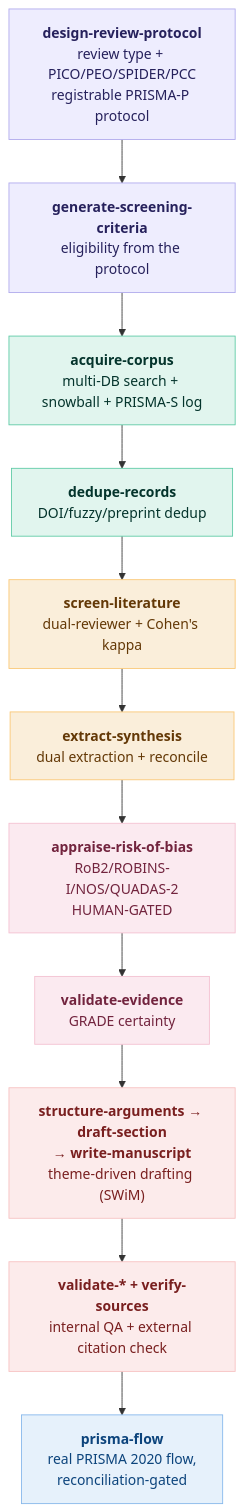
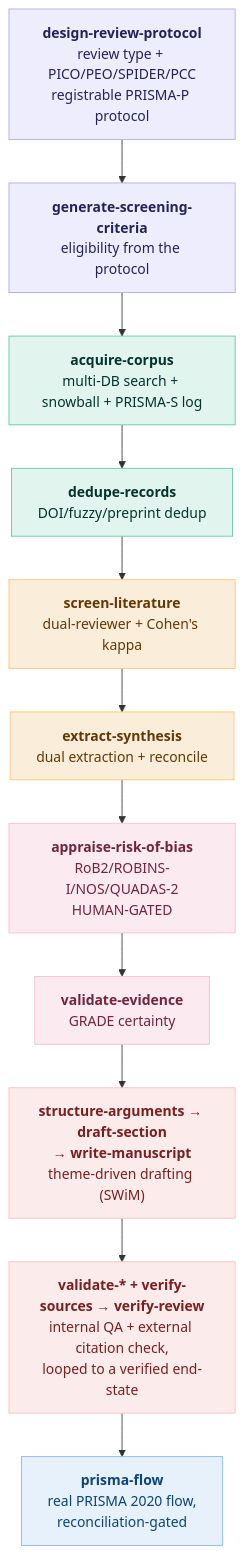
Before and after one commit to kurtvalcorza/agentic-research: the diagram in README.md, drawn with Mermaid. The commit also changed 6 other files, not shown here.

First line of the commit message:
Fix verify-review review findings: fail-closed gate, wired loop, honest CLI

````diff
--- a/README.md
+++ b/README.md
@@ -25,23 +25,23 @@
 ```mermaid
 flowchart TB
     classDef plan fill:#EEEDFE,stroke:#AFA9EC,color:#26215C
     classDef acq fill:#E1F5EE,stroke:#5DCAA5,color:#04342C
     classDef screen fill:#FAEEDA,stroke:#FAC775,color:#633806
     classDef appr fill:#FBEAF0,stroke:#F4C0D1,color:#72243E
     classDef val fill:#FCEBEB,stroke:#F7C1C1,color:#791F1F
     classDef rep fill:#E6F1FB,stroke:#85B7EB,color:#0C447C
 
     P["<b>design-review-protocol</b><br/>review type + PICO/PEO/SPIDER/PCC<br/>registrable PRISMA-P protocol"]:::plan
     C["<b>generate-screening-criteria</b><br/>eligibility from the protocol"]:::plan
     A["<b>acquire-corpus</b><br/>multi-DB search + snowball + PRISMA-S log"]:::acq
     D["<b>dedupe-records</b><br/>DOI/fuzzy/preprint dedup"]:::acq
     S["<b>screen-literature</b><br/>dual-reviewer + Cohen's kappa"]:::screen
     E["<b>extract-synthesis</b><br/>dual extraction + reconcile"]:::screen
     R["<b>appraise-risk-of-bias</b><br/>RoB2/ROBINS-I/NOS/QUADAS-2<br/>HUMAN-GATED"]:::appr
     G["<b>validate-evidence</b><br/>GRADE certainty"]:::appr
     W["<b>structure-arguments → draft-section<br/>→ write-manuscript</b><br/>theme-driven drafting (SWiM)"]:::val
-    V["<b>validate-* + verify-sources</b><br/>internal QA + external citation check"]:::val
+    V["<b>validate-* + verify-sources → verify-review</b><br/>internal QA + external citation check,<br/>looped to a verified end-state"]:::val
     F["<b>prisma-flow</b><br/>real PRISMA 2020 flow,<br/>reconciliation-gated"]:::rep
 
     P --> C --> A --> D --> S --> E --> R --> G --> W --> V --> F
 ```
````
